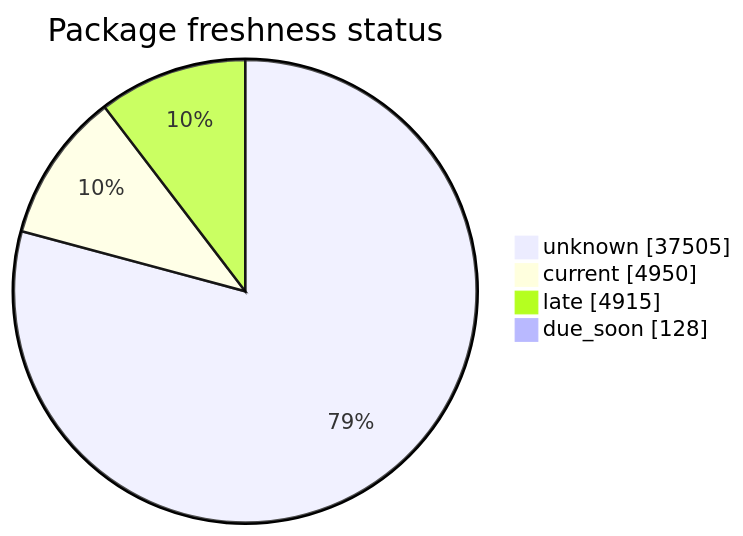
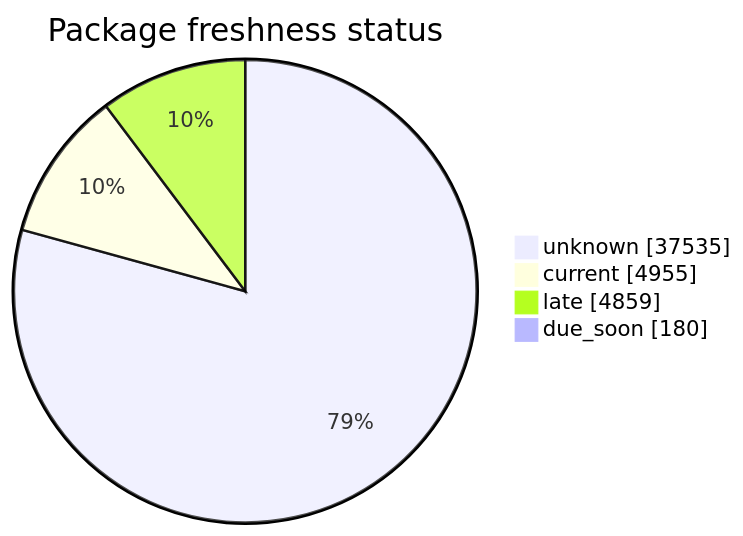
Before and after one commit to open-data/analytics-corporate-reporting: the second of 5 diagrams in FreshCheck/README.md, drawn with Mermaid. The commit also changed other lines of this file and 3 other files, not shown here.

````diff
--- a/FreshCheck/README.md
+++ b/FreshCheck/README.md
@@ -69,7 +69,7 @@
 ```mermaid
 pie showData title Package freshness status
-    "unknown": 37505
-    "current": 4950
-    "late": 4915
-    "due_soon": 128
+    "unknown": 37535
+    "current": 4955
+    "late": 4859
+    "due_soon": 180
 ```
````
